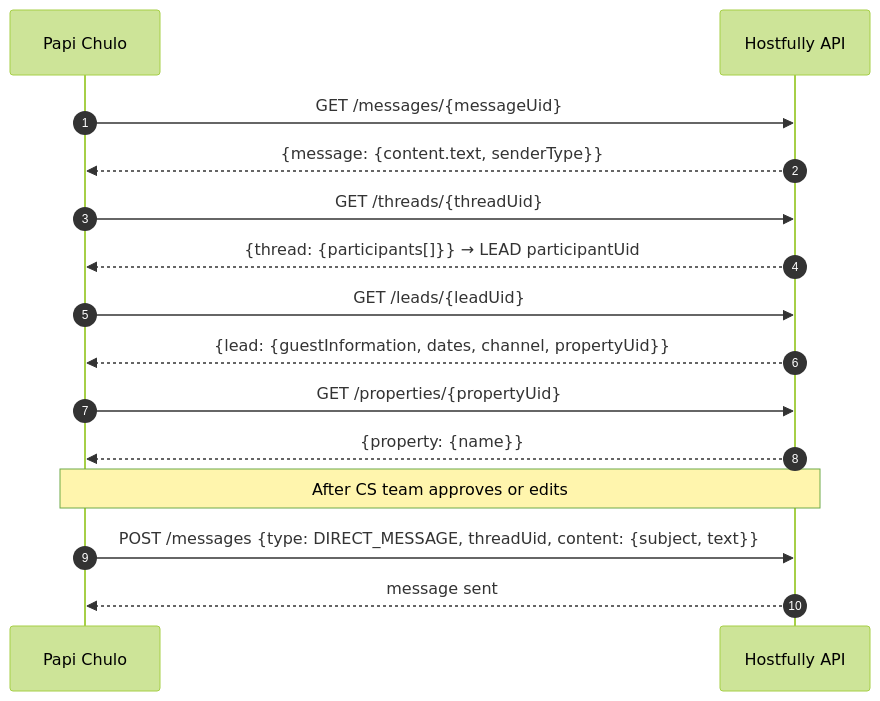
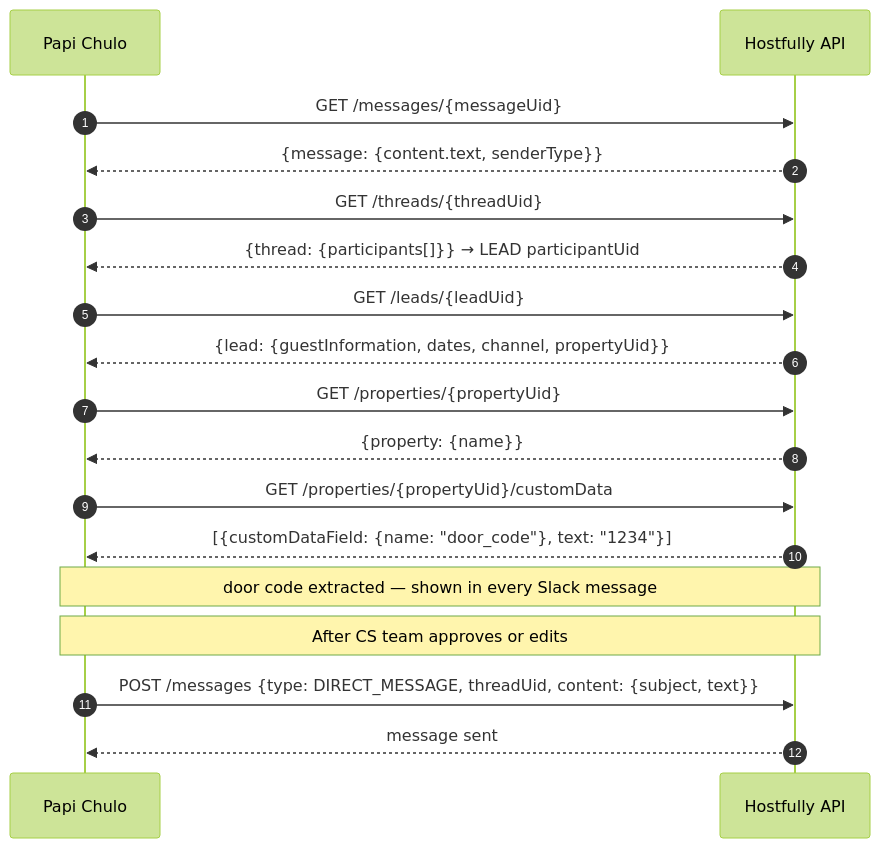
One commit to viiqswim/vlre-ai-employee changed the seventh of 11 diagrams in docs/2026-03-18-1312-architecture.md. Above: the diagram before and after it, drawn with Mermaid (forest theme). The commit also changed other lines of this file and 1 other file, not shown here.

Commit message:
docs: update architecture + add Sifely lock integration feature doc

````diff
--- a/docs/2026-03-18-1312-architecture.md
+++ b/docs/2026-03-18-1312-architecture.md
@@ -393,22 +442,26 @@
 ```mermaid
 sequenceDiagram
     autonumber
     participant PC as Papi Chulo
     participant HF as Hostfully API
 
     PC->>HF: GET /messages/{messageUid}
     HF-->>PC: {message: {content.text, senderType}}
 
     PC->>HF: GET /threads/{threadUid}
     HF-->>PC: {thread: {participants[]}} → LEAD participantUid
 
     PC->>HF: GET /leads/{leadUid}
     HF-->>PC: {lead: {guestInformation, dates, channel, propertyUid}}
 
     PC->>HF: GET /properties/{propertyUid}
     HF-->>PC: {property: {name}}
 
+    PC->>HF: GET /properties/{propertyUid}/customData
+    HF-->>PC: [{customDataField: {name: "door_code"}, text: "1234"}]
+    Note over PC,HF: door code extracted — shown in every Slack message
+
     Note over PC,HF: After CS team approves or edits
     PC->>HF: POST /messages {type: DIRECT_MESSAGE, threadUid, content: {subject, text}}
     HF-->>PC: message sent
 ```
````
